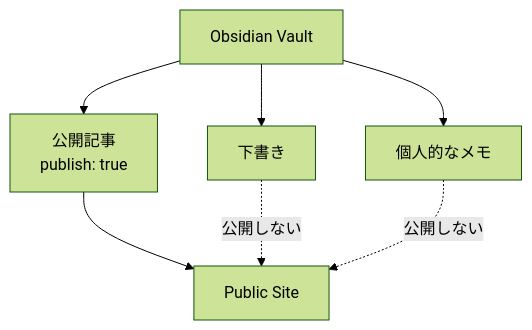
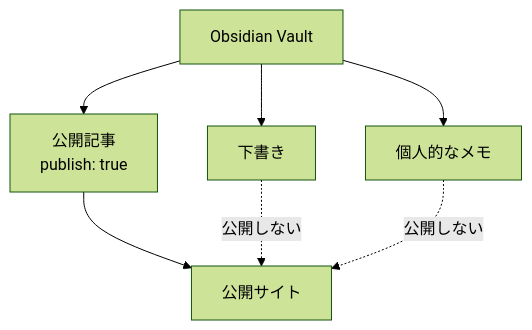
The second of 7 diagrams in docs/docs/guides/obsidian.ja.md (Rerurate514/riebeckite), drawn with Mermaid (forest theme) before and after one commit. The commit also changed other lines of this file and 310 other files, not shown here.

````diff
--- a/docs/docs/guides/obsidian.ja.md
+++ b/docs/docs/guides/obsidian.ja.md
@@ -110,12 +94,12 @@
 ```mermaid id="mr9bb1"
 flowchart TD
     Vault["Obsidian Vault"]
 
     Vault --> A["公開記事<br/>publish: true"]
     Vault --> B["下書き"]
     Vault --> C["個人的なメモ"]
 
-    A --> Site["Public Site"]
+    A --> Site["公開サイト"]
     B -.->|"公開しない"| Site
     C -.->|"公開しない"| Site
 ```
````
